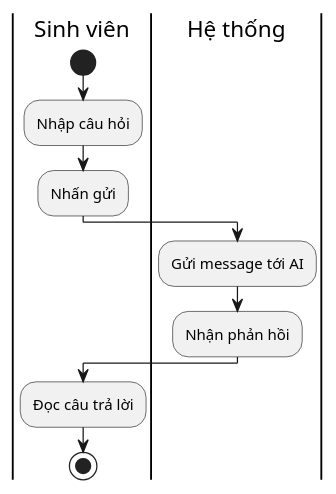
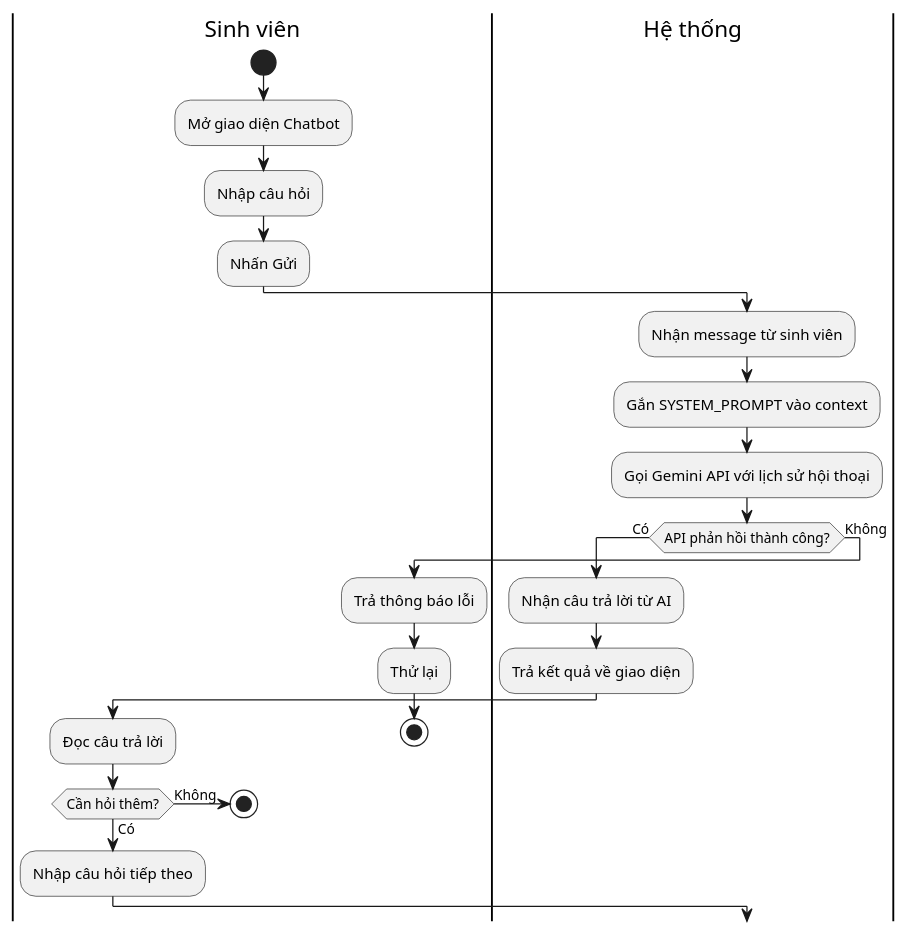
The diagram in diagrams/nhomailog/ai_chatbot_activity.puml (s0nbuildtech287/dormitory-frontend), drawn with PlantUML before and after one commit. The commit also changed 11 other files, not shown here.

```diff
--- a/diagrams/nhomailog/ai_chatbot_activity.puml
+++ b/diagrams/nhomailog/ai_chatbot_activity.puml
@@ -1,12 +1,28 @@
 @startuml "AI Chatbot Activity"
+' Activity Diagram: Chatbot AI hỗ trợ sinh viên
 |Sinh viên|
 start
+:Mở giao diện Chatbot;
 :Nhập câu hỏi;
-:Nhấn gửi;
+:Nhấn Gửi;
 |Hệ thống|
-:Gửi message tới AI;
-:Nhận phản hồi;
-|Sinh viên|
-:Đọc câu trả lời;
-stop
+:Nhận message từ sinh viên;
+:Gắn SYSTEM_PROMPT vào context;
+:Gọi Gemini API với lịch sử hội thoại;
+if (API phản hồi thành công?) then (Có)
+  :Nhận câu trả lời từ AI;
+  :Trả kết quả về giao diện;
+  |Sinh viên|
+  :Đọc câu trả lời;
+  if (Cần hỏi thêm?) then (Có)
+    :Nhập câu hỏi tiếp theo;
+  else (Không)
+    stop
+  endif
+else (Không)
+  :Trả thông báo lỗi;
+  |Sinh viên|
+  :Thử lại;
+  stop
+endif
 @enduml
```
